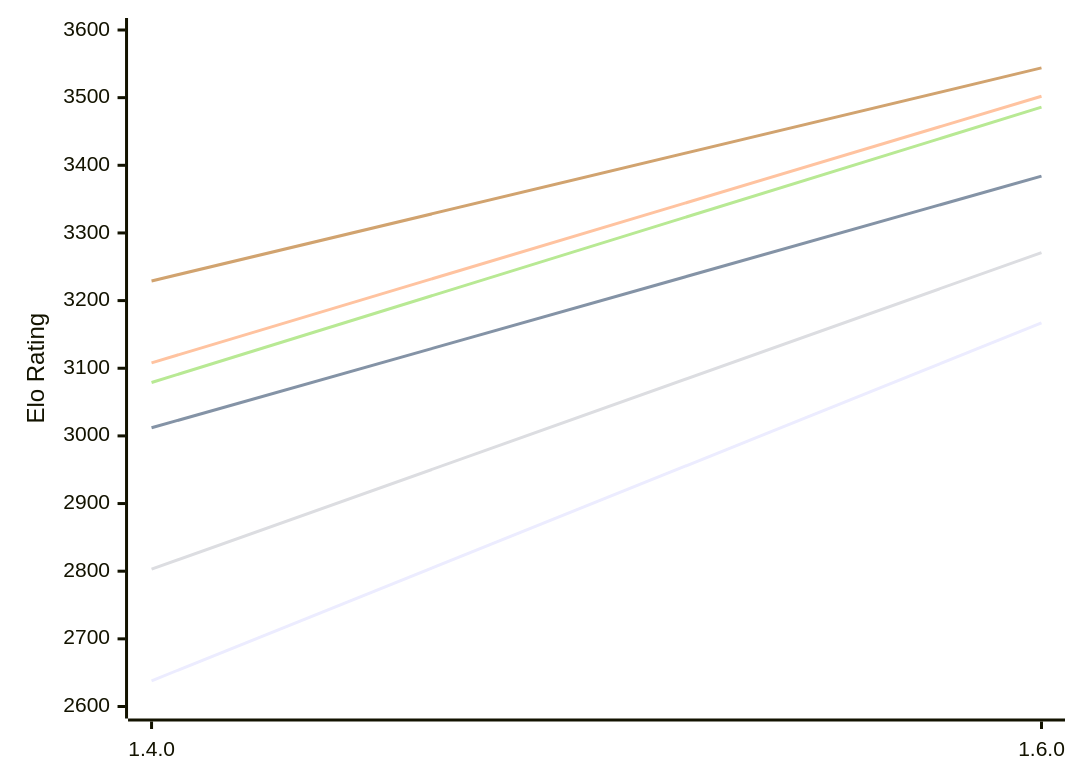
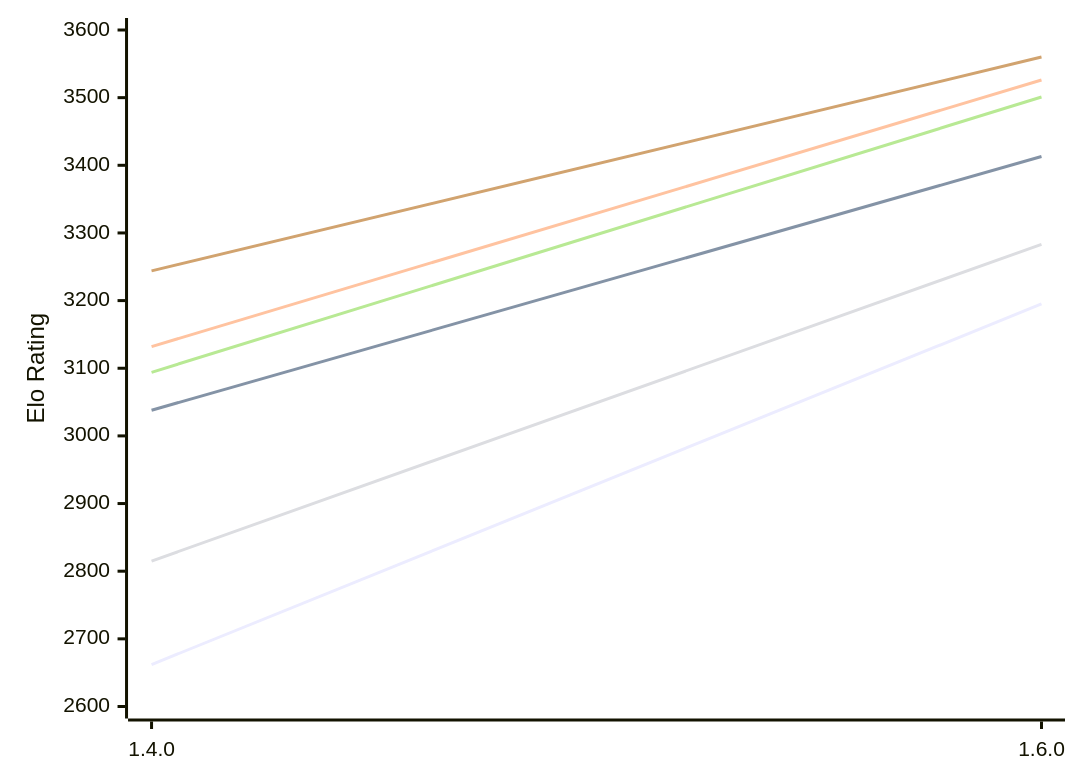
The first of 2 diagrams in engines/Gyatso.md (computer-chess-index/cci), drawn with Mermaid before and after one commit. The commit also changed other lines of this file, not shown here.

Commit message:
Update CCI Ratings (ELO VLTC) - 2026-10-24

````diff
--- a/engines/Gyatso.md
+++ b/engines/Gyatso.md
@@ -53,12 +53,12 @@
 ```mermaid
 %%{init: {"theme":"base","themeVariables":{"seriesColors:['#a3a3a3','#222221','#faa371']}}}%%
 xychart-beta
   x-axis ["1.4.0", "1.6.0"]
   y-axis "Elo Rating" 2600 --> 3600
-  line "E1: STC (8.0+0.08s)" [2638, 3167]
-  line "E1: LTC (60.0+0.60s)" [3012, 3384]
-  line "E1: VLTC (2m24s+1.12s)" [3108, 3502]
-  line "P1: STC (8.0+0.08s)" [2803, 3271]
-  line "P1: LTC (60.0+0.60s)" [3079, 3486]
-  line "P1: VLTC (2m24s+1.12s)" [3229, 3544]
+  line "E1: STC (8.0+0.08s)" [2662, 3195]
+  line "E1: LTC (60.0+0.60s)" [3038, 3413]
+  line "E1: VLTC (2m24s+1.12s)" [3132, 3526]
+  line "P1: STC (8.0+0.08s)" [2815, 3283]
+  line "P1: LTC (60.0+0.60s)" [3094, 3501]
+  line "P1: VLTC (2m24s+1.12s)" [3244, 3560]
 ```
````
